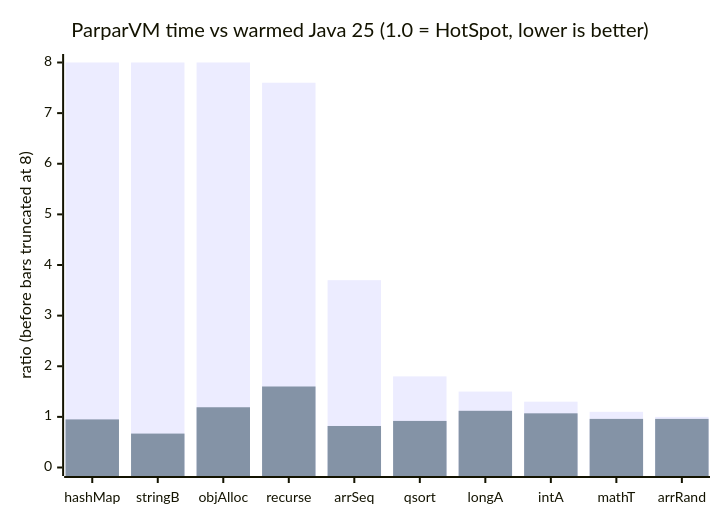
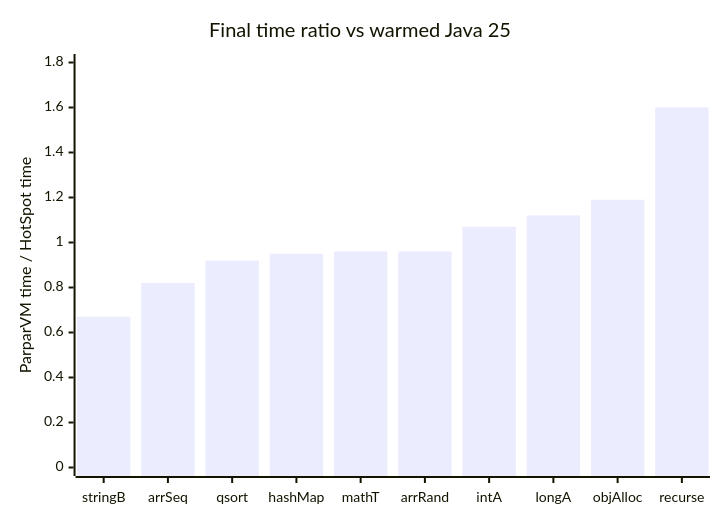
Before and after one commit to codenameone/CodenameOne: the first of 3 diagrams in docs/website/content/blog/beating-hotspot-performance.md, drawn with Mermaid. The commit also changed other lines of this file and 2 other files, not shown here.

First line of the commit message:
Restructure the HotSpot post around architecture

```diff
--- a/docs/website/content/blog/beating-hotspot-performance.md
+++ b/docs/website/content/blog/beating-hotspot-performance.md
@@ -67,8 +65,7 @@
 {{< mermaid >}}
 xychart-beta
-    title "ParparVM time vs warmed Java 25 (1.0 = HotSpot, lower is better)"
-    x-axis [hashMap, stringB, objAlloc, recurse, arrSeq, qsort, longA, intA, mathT, arrRand]
-    y-axis "ratio (before bars truncated at 8)" 0 --> 8
-    bar [8, 8, 8, 7.6, 3.7, 1.8, 1.5, 1.3, 1.1, 1.0]
-    bar [0.95, 0.67, 1.19, 1.6, 0.82, 0.92, 1.12, 1.07, 0.96, 0.96]
+    title "Final time ratio vs warmed Java 25"
+    x-axis [stringB, arrSeq, qsort, hashMap, mathT, arrRand, intA, longA, objAlloc, recurse]
+    y-axis "ParparVM time / HotSpot time" 0 --> 1.8
+    bar [0.67, 0.82, 0.92, 0.95, 0.96, 0.96, 1.07, 1.12, 1.19, 1.6]
 {{< /mermaid >}}
```
